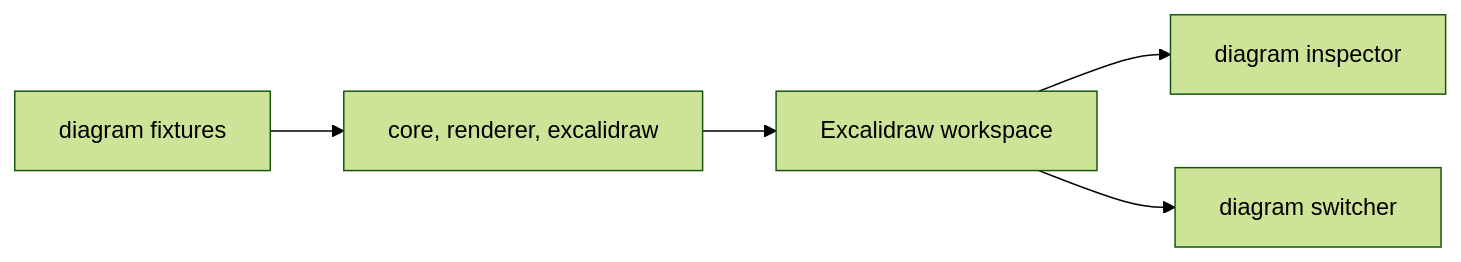
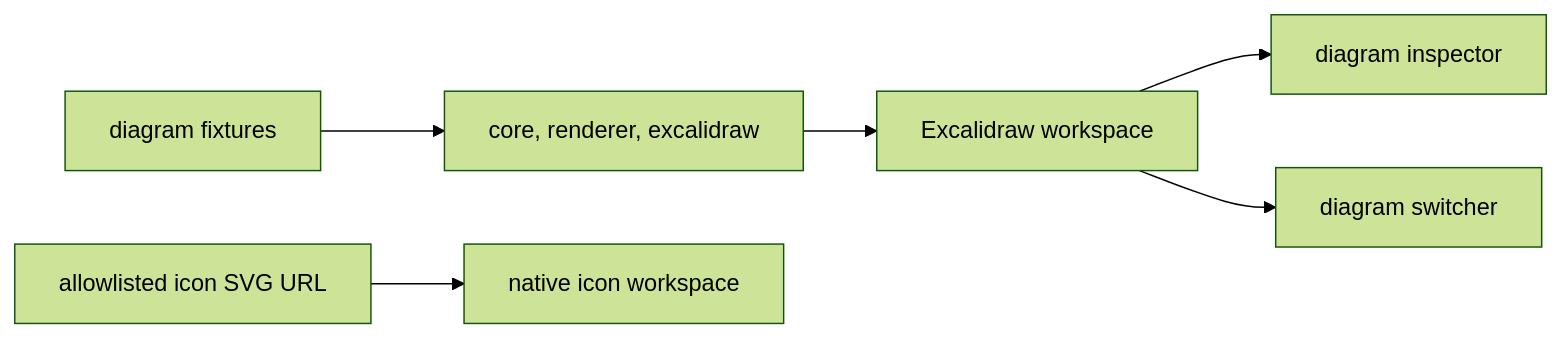
The diagram in apps/excalidraw/README.md (shpitdev/sketchi), drawn with Mermaid (forest theme) before and after one commit. The commit also changed other lines of this file and 41 other files, not shown here.

Commit message:
feat: add native SVG conversion UI

````diff
--- a/apps/excalidraw/README.md
+++ b/apps/excalidraw/README.md
@@ -6,7 +6,8 @@
 ```mermaid
 flowchart LR
   Fixtures["diagram fixtures"] --> Packages["core, renderer, excalidraw"]
   Packages --> Workspace["Excalidraw workspace"]
   Workspace --> Inspector["diagram inspector"]
   Workspace --> Switcher["diagram switcher"]
+  IconUrl["allowlisted icon SVG URL"] --> NativeIcon["native icon workspace"]
 ```
````
